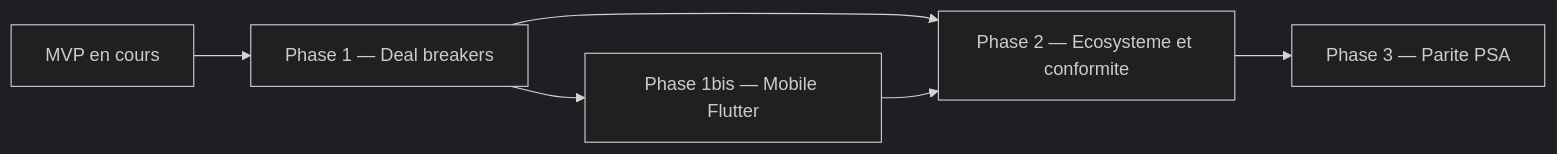
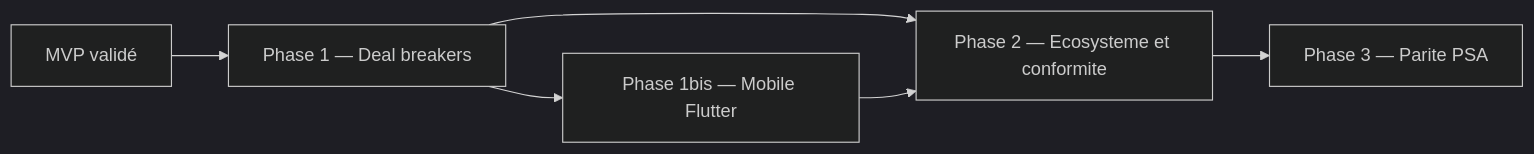
One commit to olegrand1976/kore changed the diagram in technical/ROADMAP.md. Above: the diagram before and after it, drawn with Mermaid (dark theme). The commit also changed other lines of this file and 198 other files, not shown here.

````diff
--- a/technical/ROADMAP.md
+++ b/technical/ROADMAP.md
@@ -9,8 +9,8 @@
 ```mermaid
 flowchart LR
-  MVP["MVP en cours"] --> P1["Phase 1 — Deal breakers"]
+  MVP["MVP validé"] --> P1["Phase 1 — Deal breakers"]
   P1 --> P1b["Phase 1bis — Mobile Flutter"]
   P1 --> P2["Phase 2 — Ecosysteme et conformite"]
   P1b --> P2
   P2 --> P3["Phase 3 — Parite PSA"]
 ```
````
